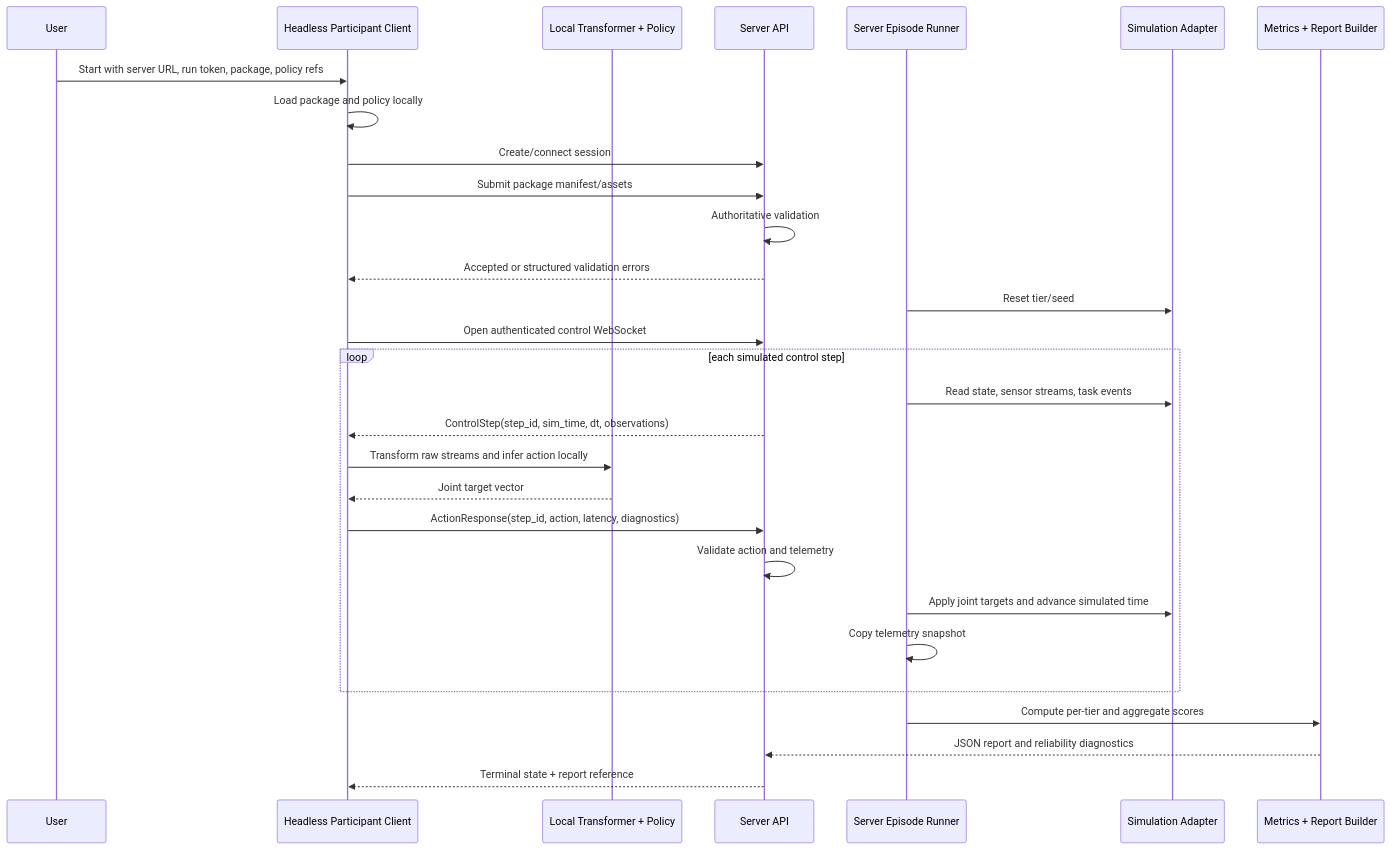
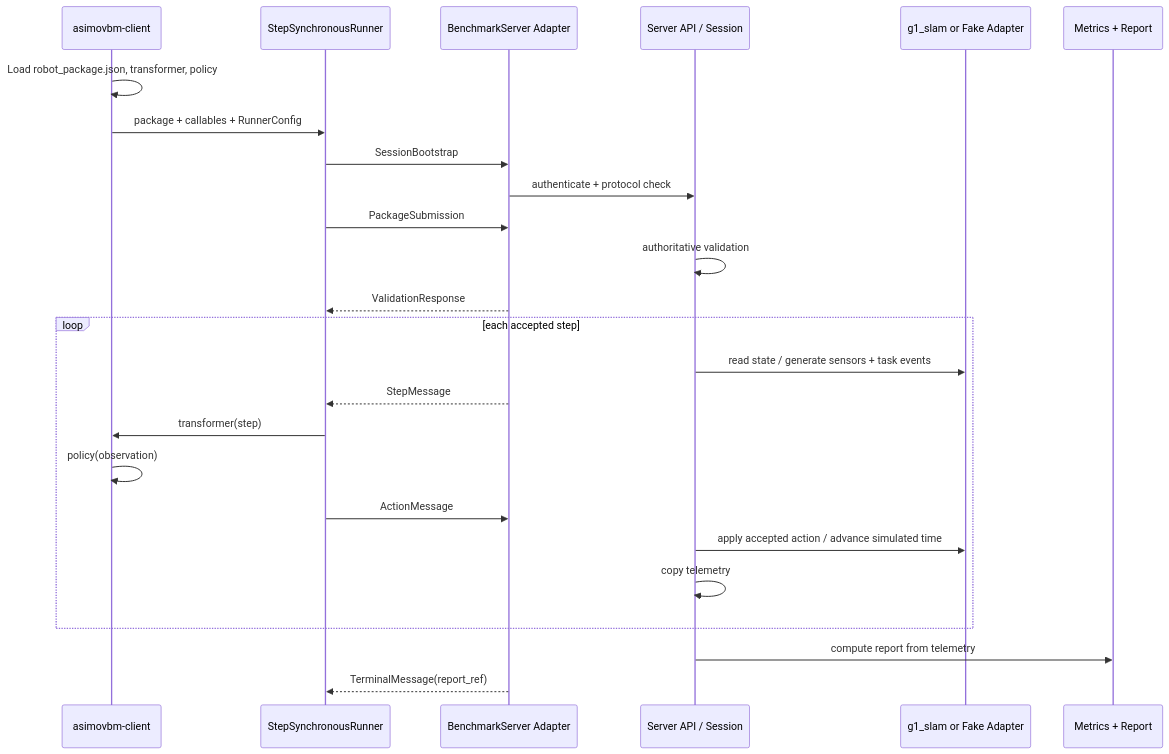
Before and after one commit to NicoDelle/asimovbm: the diagram in docs/plans/2026-05-05-001-feat-unified-benchmark-client-server-plan.md, drawn with Mermaid. The commit also changed other lines of this file, not shown here.

Commit message:
Align server plan with client interface

````diff
--- a/docs/plans/2026-05-05-001-feat-unified-benchmark-client-server-plan.md
+++ b/docs/plans/2026-05-05-001-feat-unified-benchmark-client-server-plan.md
@@ -357,32 +393,28 @@
 ```mermaid
 sequenceDiagram
-    participant User
-    participant Client as Headless Participant Client
-    participant Policy as Local Transformer + Policy
-    participant API as Server API
-    participant Run as Server Episode Runner
-    participant Sim as Simulation Adapter
-    participant Metrics as Metrics + Report Builder
+    participant CLI as asimovbm-client
+    participant Runner as StepSynchronousRunner
+    participant Transport as BenchmarkServer Adapter
+    participant Server as Server API / Session
+    participant Sim as g1_slam or Fake Adapter
+    participant Metrics as Metrics + Report
 
-    User->>Client: Start with server URL, run token, package, policy refs
-    Client->>Client: Load package and policy locally
-    Client->>API: Create/connect session
-    Client->>API: Submit package manifest/assets
-    API->>API: Authoritative validation
-    API-->>Client: Accepted or structured validation errors
-    Run->>Sim: Reset tier/seed
-    Client->>API: Open authenticated control WebSocket
-    loop each simulated control step
-        Run->>Sim: Read state, sensor streams, task events
-        API-->>Client: ControlStep(step_id, sim_time, dt, observations)
-        Client->>Policy: Transform raw streams and infer action locally
-        Policy-->>Client: Joint target vector
-        Client->>API: ActionResponse(step_id, action, latency, diagnostics)
-        API->>API: Validate action and telemetry
-        Run->>Sim: Apply joint targets and advance simulated time
-        Run->>Run: Copy telemetry snapshot
+    CLI->>CLI: Load robot_package.json, transformer, policy
+    CLI->>Runner: package + callables + RunnerConfig
+    Runner->>Transport: SessionBootstrap
+    Transport->>Server: authenticate + protocol check
+    Runner->>Transport: PackageSubmission
+    Server->>Server: authoritative validation
+    Transport-->>Runner: ValidationResponse
+    loop each accepted step
+        Server->>Sim: read state / generate sensors + task events
+        Transport-->>Runner: StepMessage
+        Runner->>CLI: transformer(step)
+        CLI->>CLI: policy(observation)
+        Runner->>Transport: ActionMessage
+        Server->>Sim: apply accepted action / advance simulated time
+        Server->>Server: copy telemetry
     end
-    Run->>Metrics: Compute per-tier and aggregate scores
-    Metrics-->>API: JSON report and reliability diagnostics
-    API-->>Client: Terminal state + report reference
+    Server->>Metrics: compute report from telemetry
+    Transport-->>Runner: TerminalMessage(report_ref)
 ```
````
